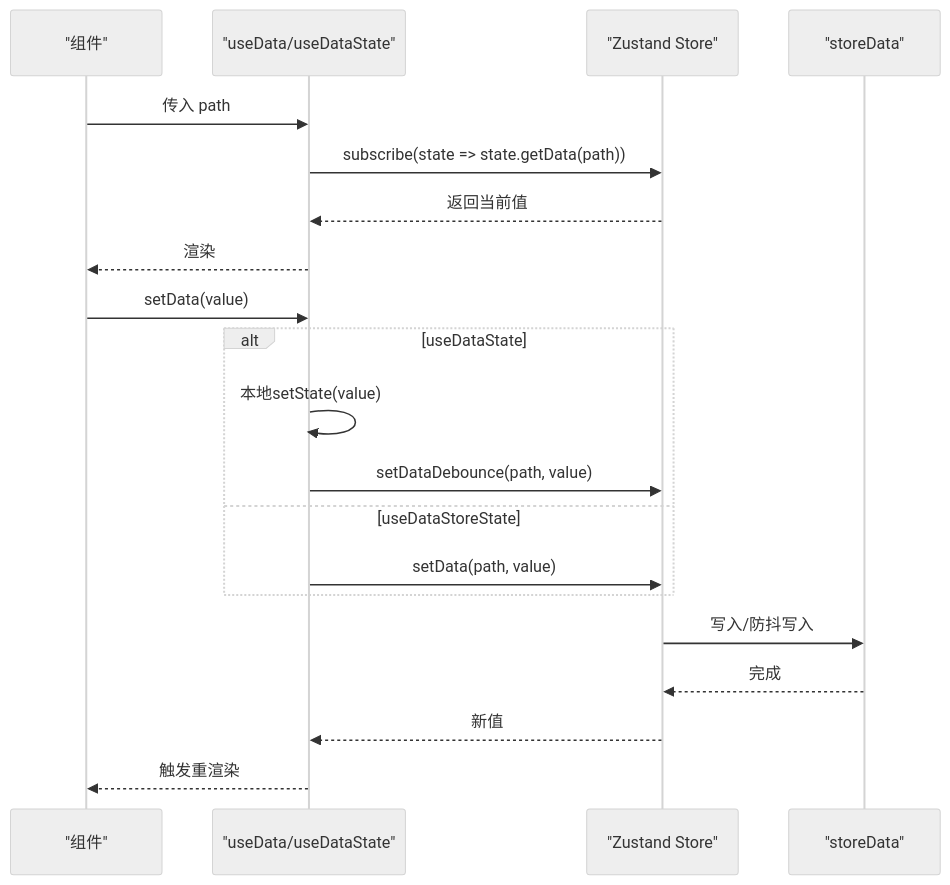
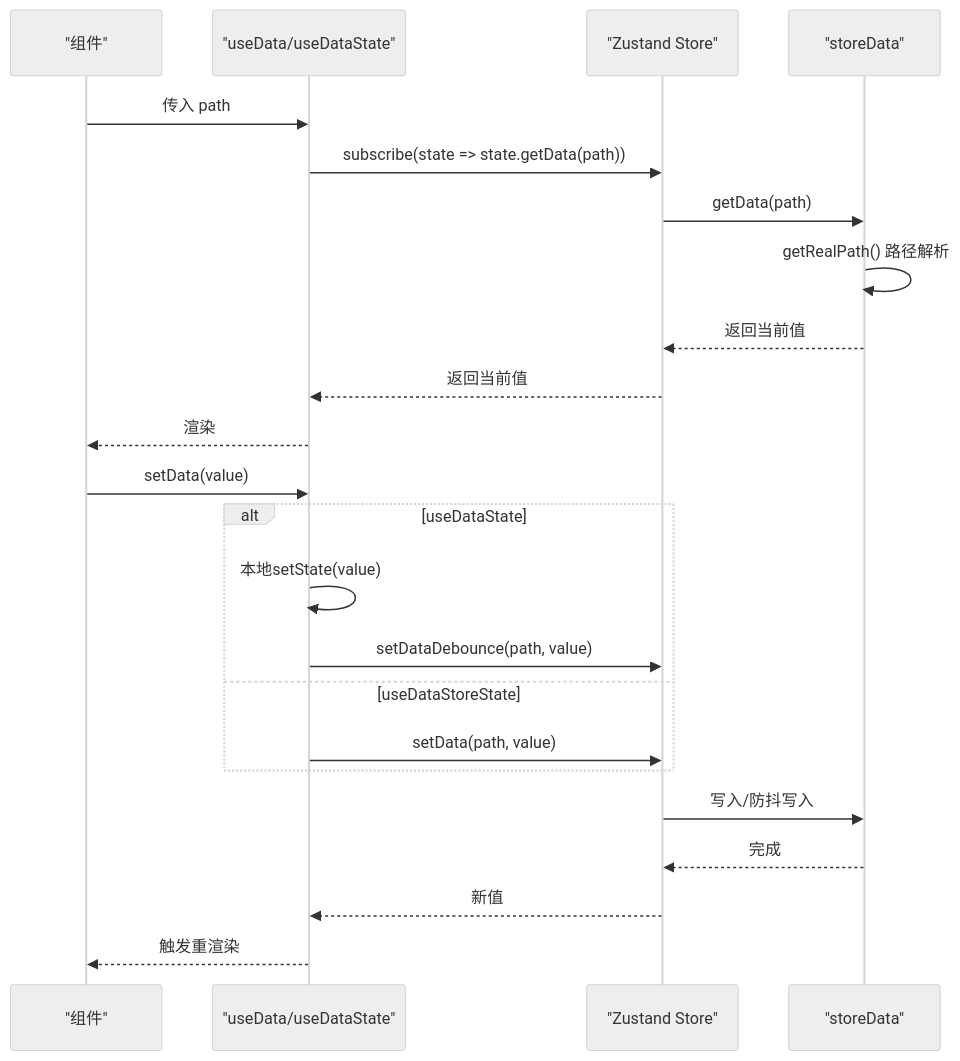
The sixth of 9 diagrams in .qoder/repowiki/zh/content/数据管理/状态管理.md (liqiongke/FrontArk), drawn with Mermaid (neutral theme) before and after one commit. The commit also changed other lines of this file and 19 other files, not shown here.

````diff
--- a/.qoder/repowiki/zh/content/数据管理/状态管理.md
+++ b/.qoder/repowiki/zh/content/数据管理/状态管理.md
@@ -230,22 +283,25 @@
 ```mermaid
 sequenceDiagram
 participant Comp as "组件"
 participant Hook as "useData/useDataState"
 participant Store as "Zustand Store"
 participant Utils as "storeData"
 Comp->>Hook : 传入 path
 Hook->>Store : subscribe(state => state.getData(path))
+Store->>Utils : getData(path)
+Utils->>Utils : getRealPath() 路径解析
+Utils-->>Store : 返回当前值
 Store-->>Hook : 返回当前值
 Hook-->>Comp : 渲染
 Comp->>Hook : setData(value)
 alt useDataState
 Hook->>Hook : 本地setState(value)
 Hook->>Store : setDataDebounce(path, value)
 else useDataStoreState
 Hook->>Store : setData(path, value)
 end
 Store->>Utils : 写入/防抖写入
 Utils-->>Store : 完成
 Store-->>Hook : 新值
 Hook-->>Comp : 触发重渲染
 ```
````
